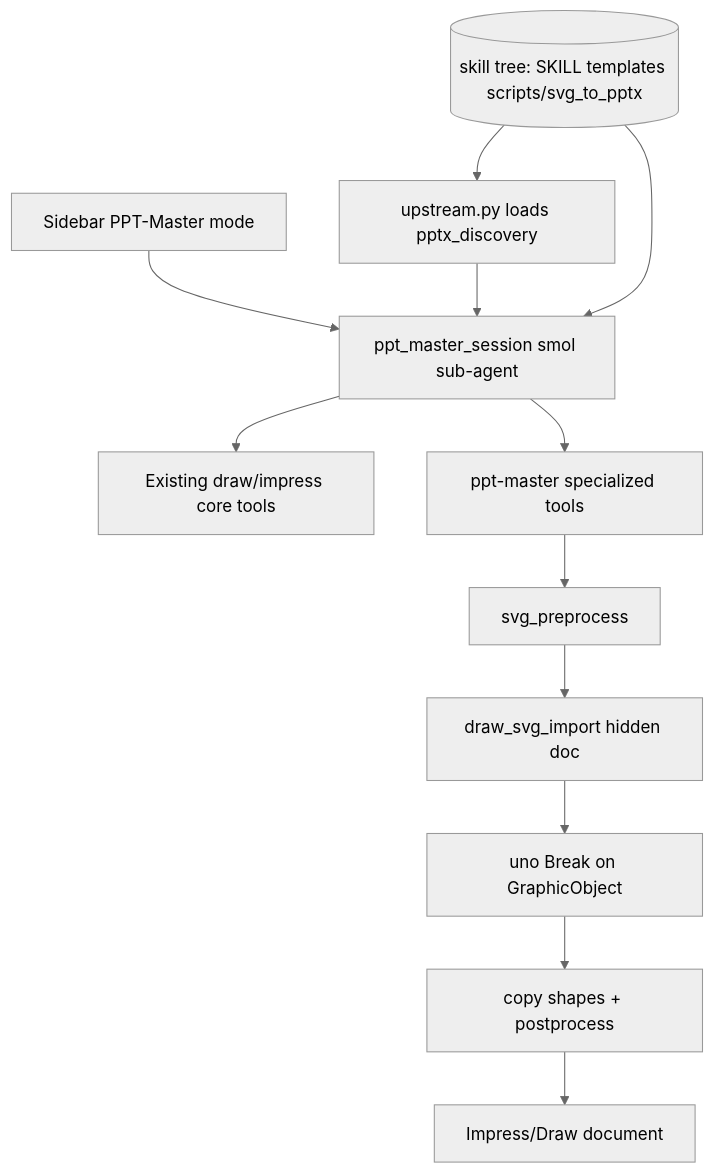
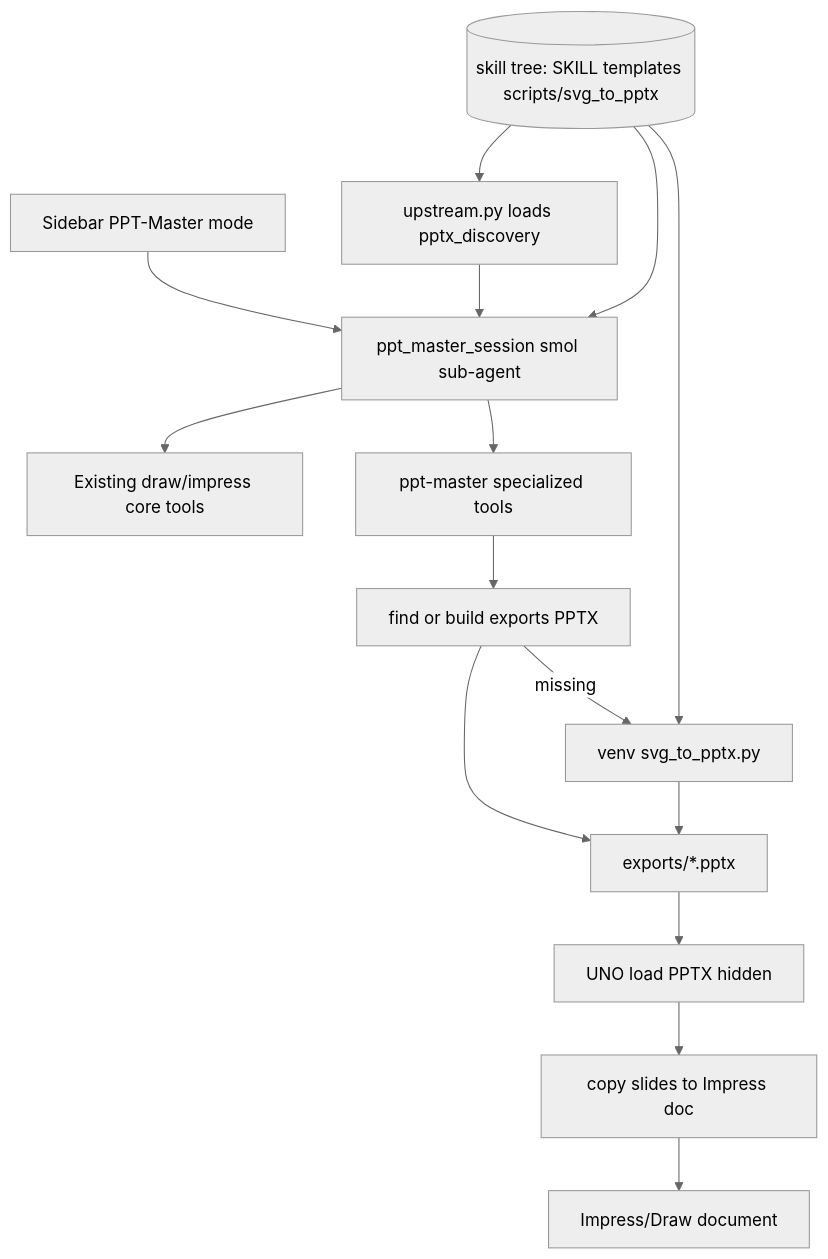
One commit to KeithCu/writeragent changed the diagram in docs/ppt-master-integration-plan.md. Above: the diagram before and after it, drawn with Mermaid (neutral theme). The commit also changed other lines of this file and 20 other files, not shown here.

Commit message:
use PPTX import path instead

````diff
--- a/docs/ppt-master-integration-plan.md
+++ b/docs/ppt-master-integration-plan.md
@@ -65,14 +65,17 @@
 ```mermaid
 flowchart TB
   UI[Sidebar PPT-Master mode] --> Session[ppt_master_session smol sub-agent]
   Session --> DrawTools[Existing draw/impress core tools]
   Session --> PmTools[ppt-master specialized tools]
-  PmTools --> Pre[svg_preprocess]
-  Pre --> HostSVG[draw_svg_import hidden doc]
-  HostSVG --> Break[uno Break on GraphicObject]
-  Break --> Copy[copy shapes + postprocess]
+  PmTools --> FindPPTX[find or build exports PPTX]
+  FindPPTX -->|missing| Venv[venv svg_to_pptx.py]
+  FindPPTX --> PPTX[exports/*.pptx]
+  Venv --> PPTX
+  PPTX --> Import[UNO load PPTX hidden]
+  Import --> Copy[copy slides to Impress doc]
   Copy --> UNO[Impress/Draw document]
-  Data[(skill tree: SKILL templates scripts/svg_to_pptx)] --> Upstream[upstream.py loads pptx_discovery]
+  Data[(skill tree: SKILL templates scripts/svg_to_pptx)] --> Venv
+  Data --> Upstream[upstream.py loads pptx_discovery]
   Upstream --> Session
   Data --> Session
 ```
````
